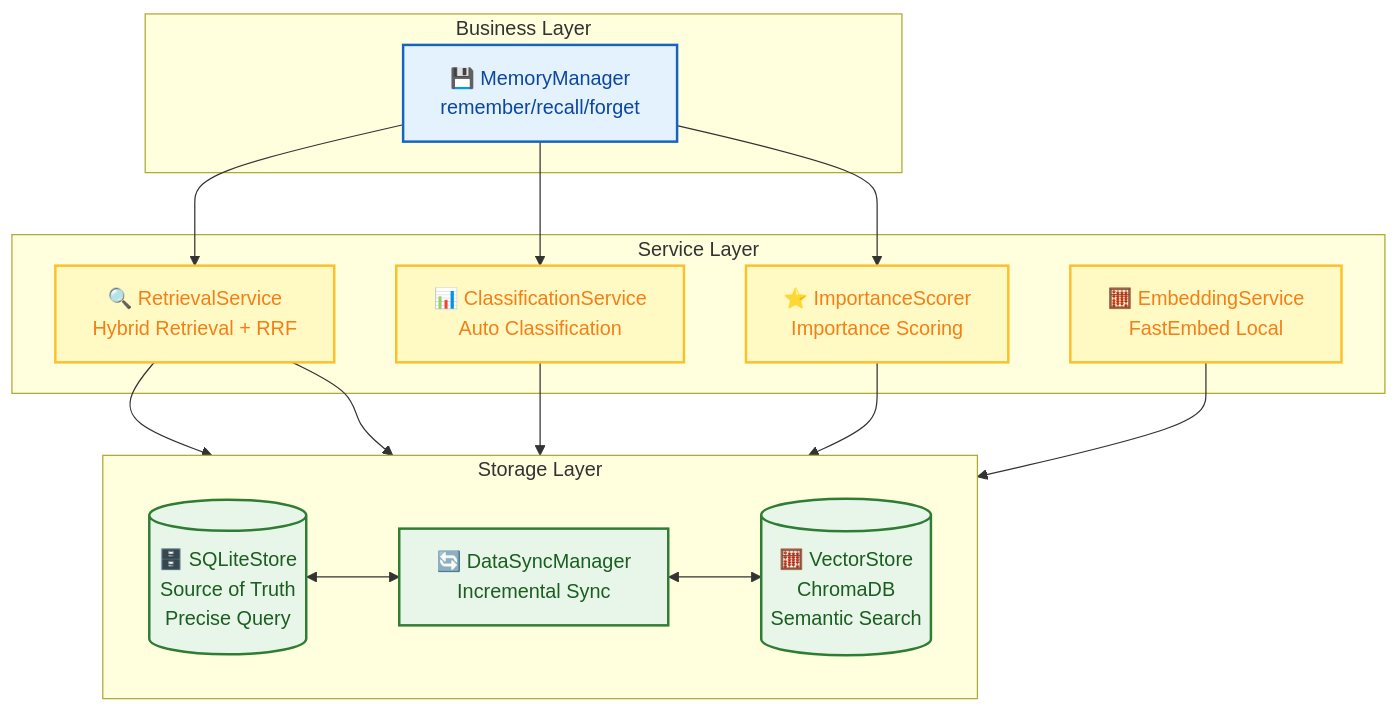
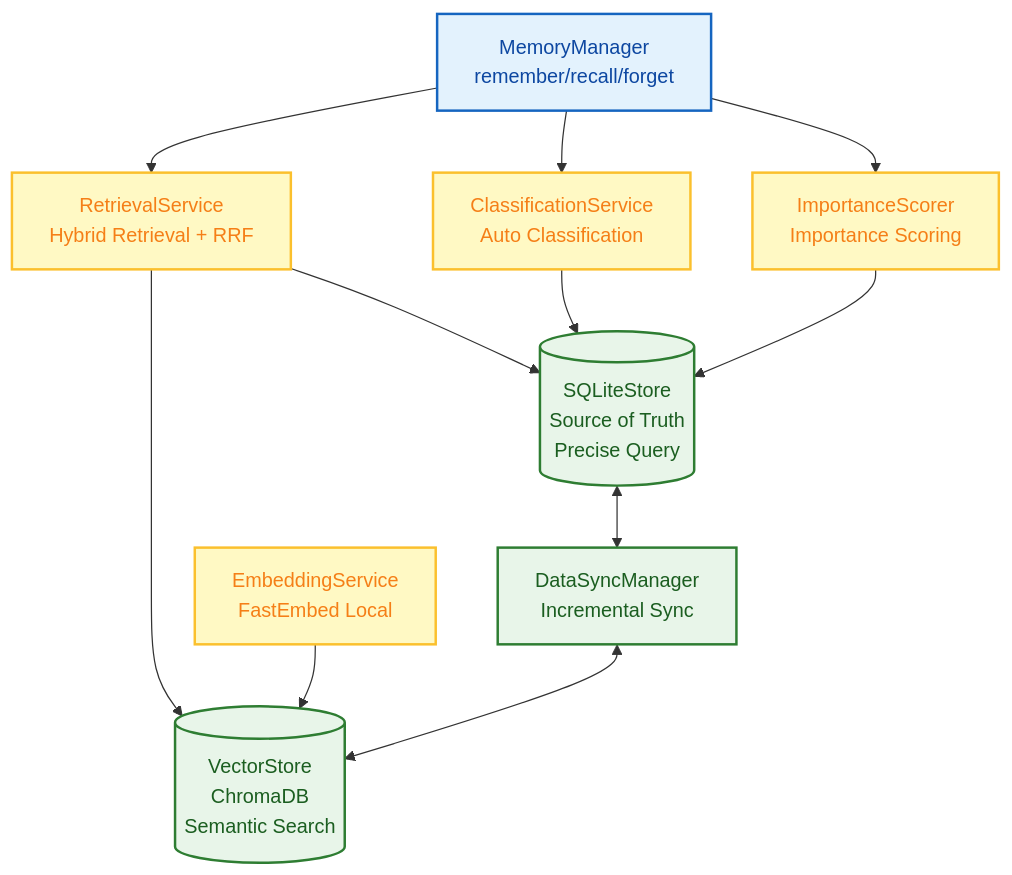
Before and after one commit to xt765/FinchBot: the fourth of 10 diagrams in docs/en-US/architecture.md, drawn with Mermaid. The commit also changed other lines of this file and 18 other files, not shown here.

First line of the commit message:
docs: 简化架构图并删除所有mermaid图中的表情包

````diff
--- a/docs/en-US/architecture.md
+++ b/docs/en-US/architecture.md
@@ -410,37 +356,25 @@
 ```mermaid
 flowchart TB
-    %% Style Definitions
     classDef businessLayer fill:#e3f2fd,stroke:#1565c0,stroke-width:2px,color:#0d47a1;
     classDef serviceLayer fill:#fff9c4,stroke:#fbc02d,stroke-width:2px,color:#f57f17;
     classDef storageLayer fill:#e8f5e9,stroke:#2e7d32,stroke-width:2px,color:#1b5e20;
 
-    subgraph Business [Business Layer]
-        MM[💾 MemoryManager<br/>remember/recall/forget]
-    end
-    class MM businessLayer
+    MM[MemoryManager<br/>remember/recall/forget]:::businessLayer
 
-    subgraph Services [Service Layer]
-        RS[🔍 RetrievalService<br/>Hybrid Retrieval + RRF]
-        CS[📊 ClassificationService<br/>Auto Classification]
-        IS[⭐ ImportanceScorer<br/>Importance Scoring]
-        ES[🧮 EmbeddingService<br/>FastEmbed Local]
-    end
-    class RS,CS,IS,ES serviceLayer
+    RS[RetrievalService<br/>Hybrid Retrieval + RRF]:::serviceLayer
+    CS[ClassificationService<br/>Auto Classification]:::serviceLayer
+    IS[ImportanceScorer<br/>Importance Scoring]:::serviceLayer
+    ES[EmbeddingService<br/>FastEmbed Local]:::serviceLayer
 
-    subgraph Storage [Storage Layer]
-        direction LR
-        SQLite[(🗄️ SQLiteStore<br/>Source of Truth<br/>Precise Query)]
-        Vector[(🧮 VectorStore<br/>ChromaDB<br/>Semantic Search)]
-        DS[🔄 DataSyncManager<br/>Incremental Sync]
-    end
-    class SQLite,Vector,DS storageLayer
+    SQLite[(SQLiteStore<br/>Source of Truth<br/>Precise Query)]:::storageLayer
+    Vector[(VectorStore<br/>ChromaDB<br/>Semantic Search)]:::storageLayer
+    DS[DataSyncManager<br/>Incremental Sync]:::storageLayer
 
-    %% Connections
     MM --> RS & CS & IS
     RS --> SQLite & Vector
     CS --> SQLite
     IS --> SQLite
     ES --> Vector
     
     SQLite <--> DS <--> Vector
 ```
````
